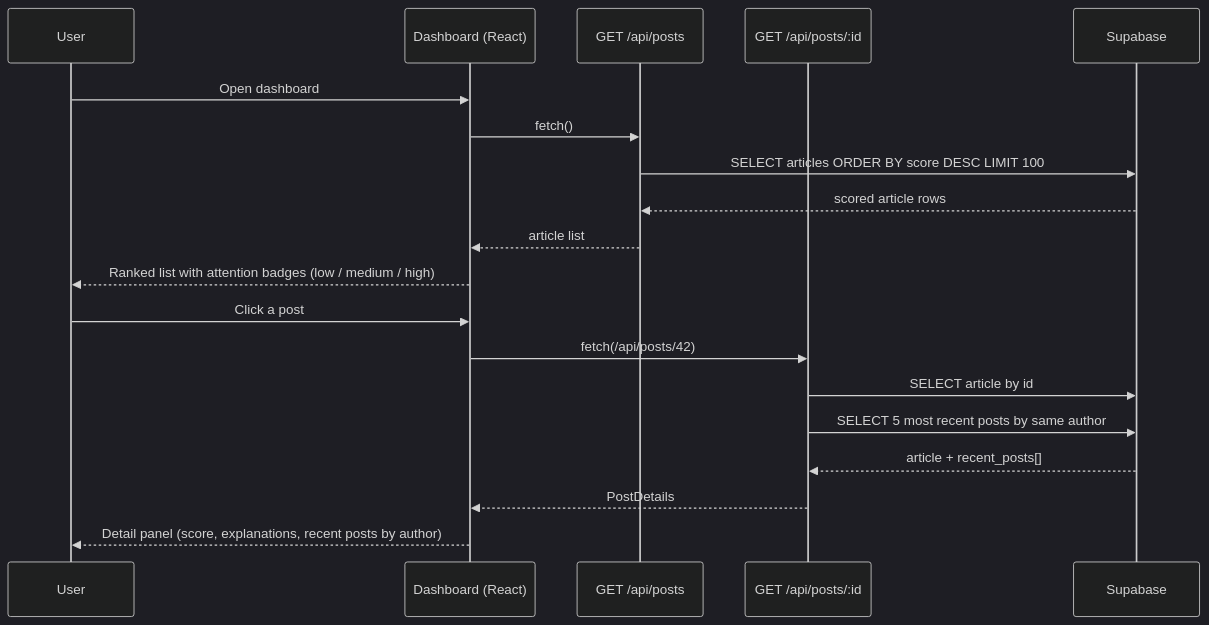
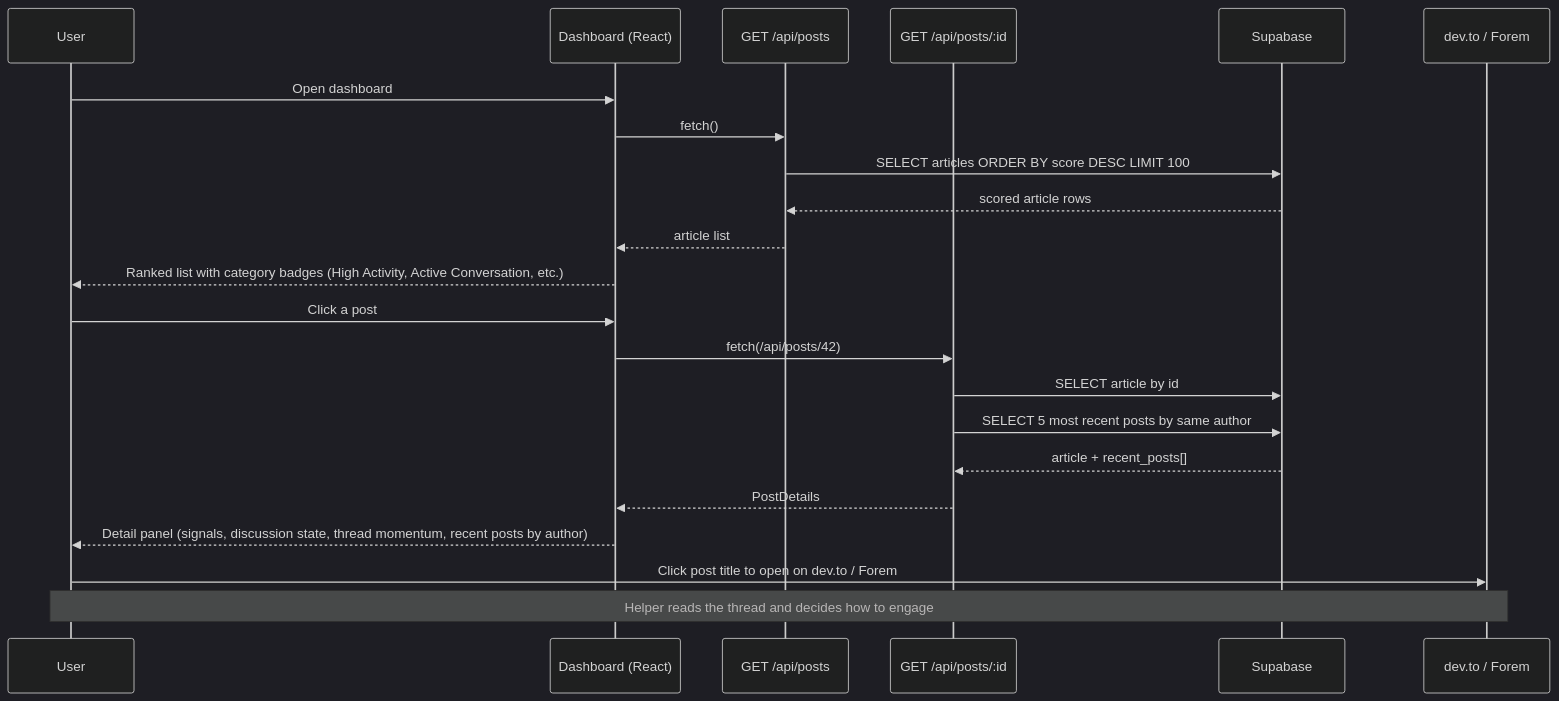
The third of 3 diagrams in README.md (ChecKMarKDevTools/dev-community-dashboard), drawn with Mermaid (dark theme) before and after one commit. The commit also changed other lines of this file and 45 other files, not shown here.

````diff
--- a/README.md
+++ b/README.md
@@ -69,23 +73,27 @@
 ```mermaid
 sequenceDiagram
   participant U as User
   participant D as Dashboard (React)
   participant Posts as GET /api/posts
   participant Detail as GET /api/posts/:id
   participant SB as Supabase
+  participant F as dev.to / Forem
 
   U->>D: Open dashboard
   D->>Posts: fetch()
   Posts->>SB: SELECT articles ORDER BY score DESC LIMIT 100
   SB-->>Posts: scored article rows
   Posts-->>D: article list
-  D-->>U: Ranked list with attention badges (low / medium / high)
+  D-->>U: Ranked list with category badges (High Activity, Active Conversation, etc.)
 
   U->>D: Click a post
   D->>Detail: fetch(/api/posts/42)
   Detail->>SB: SELECT article by id
   Detail->>SB: SELECT 5 most recent posts by same author
   SB-->>Detail: article + recent_posts[]
   Detail-->>D: PostDetails
-  D-->>U: Detail panel (score, explanations, recent posts by author)
+  D-->>U: Detail panel (signals, discussion state, thread momentum, recent posts by author)
+
+  U->>F: Click post title to open on dev.to / Forem
+  Note over U,F: Helper reads the thread and decides how to engage
 ```
````
